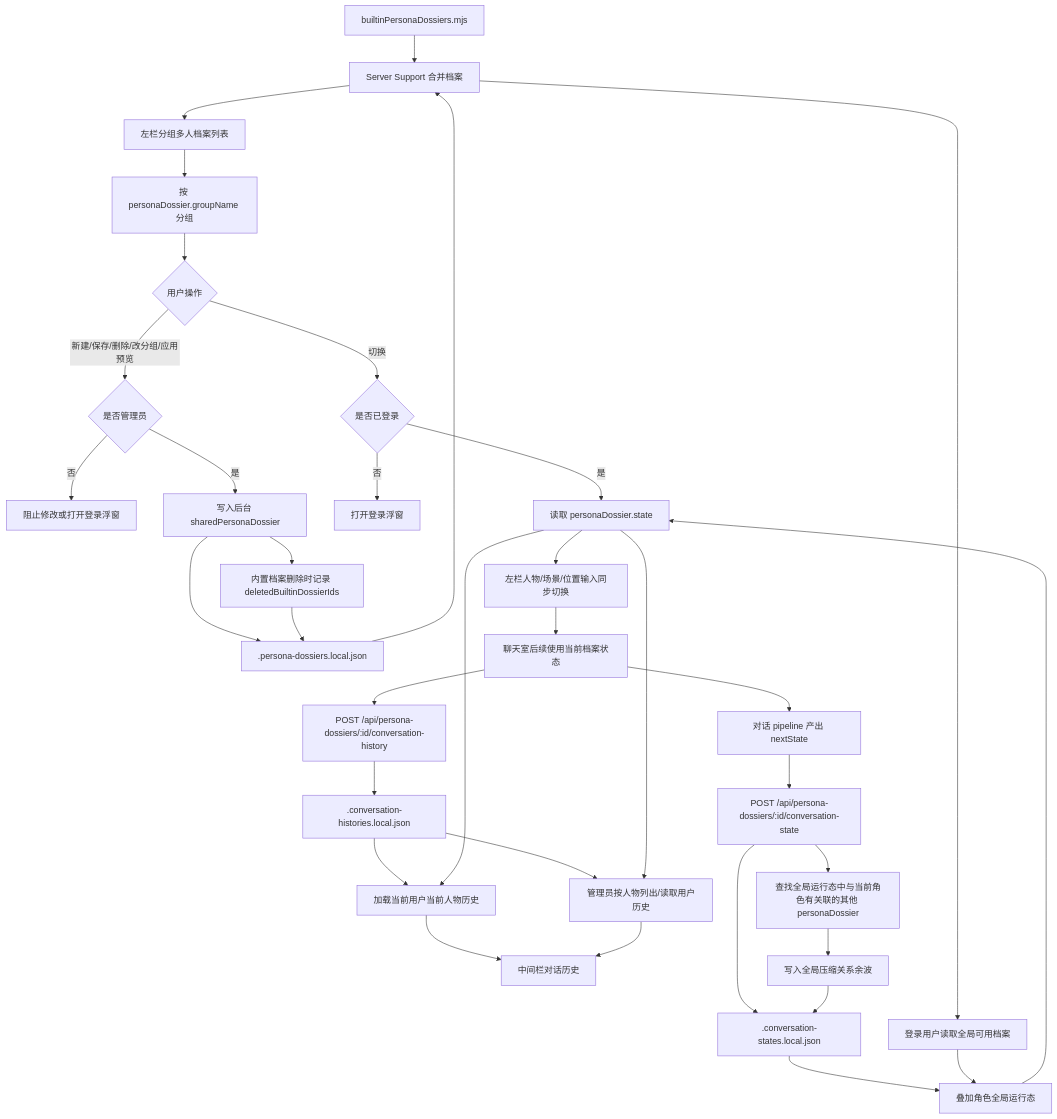
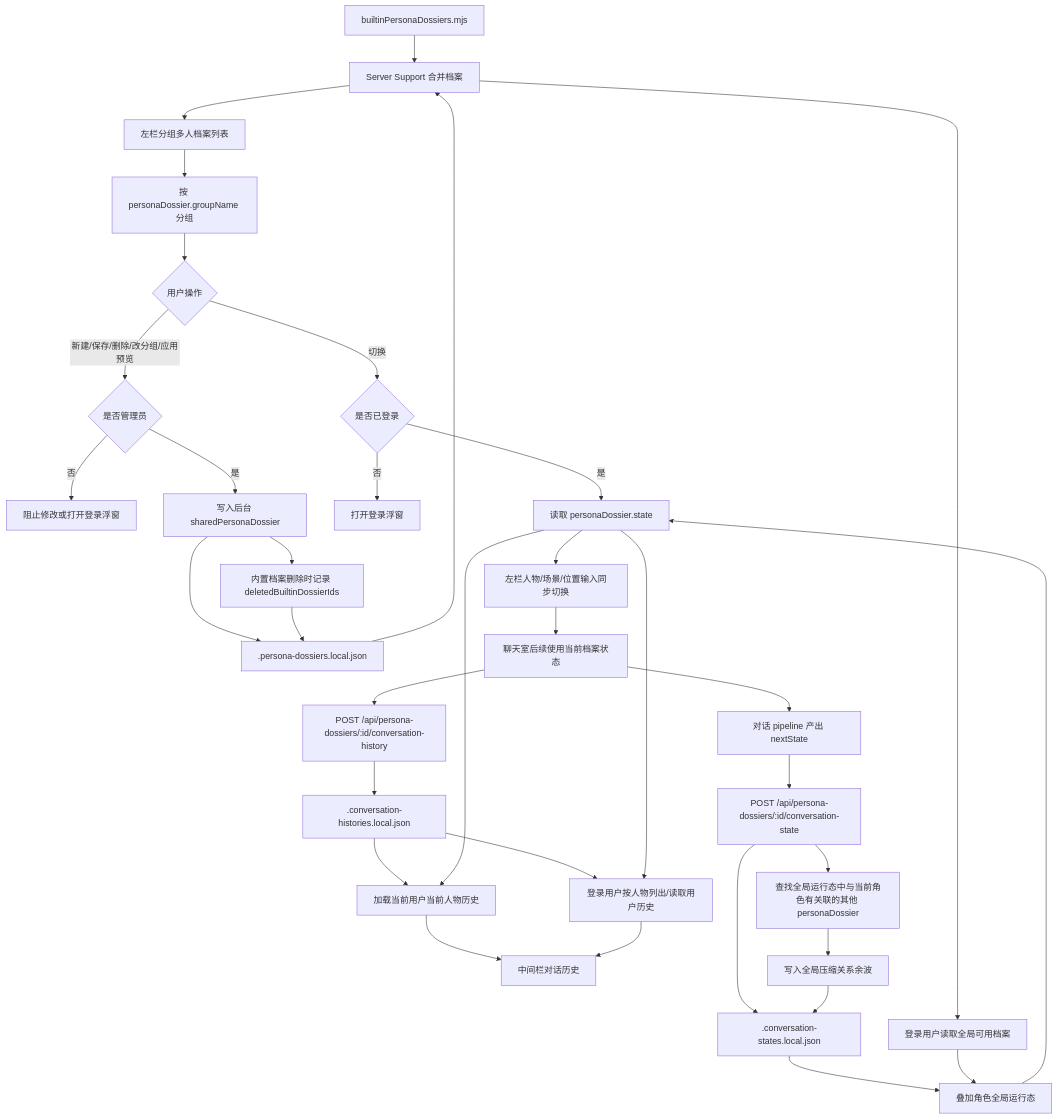
Before and after one commit to ttmanthatman/virtual-human-flow: the ninth of 31 diagrams in docs/SYSTEM_FLOW.md, drawn with Mermaid. The commit also changed other lines of this file and 14 other files, not shown here.

````diff
--- a/docs/SYSTEM_FLOW.md
+++ b/docs/SYSTEM_FLOW.md
@@ -242,37 +242,37 @@
 ```mermaid
 flowchart TD
     BUILTIN[builtinPersonaDossiers.mjs] --> MERGE[Server Support 合并档案]
     STORE[.persona-dossiers.local.json] --> MERGE
     MERGE --> A[左栏分组多人档案列表]
     A --> GROUP[按 personaDossier.groupName 分组]
     GROUP --> B{用户操作}
     B -- 新建/保存/删除/改分组/应用预览 --> ADMIN{是否管理员}
     ADMIN -- 否 --> BLOCK[阻止修改或打开登录浮窗]
     ADMIN -- 是 --> C[写入后台 sharedPersonaDossier]
     B -- 切换 --> LOGIN{是否已登录}
     LOGIN -- 否 --> POP[打开登录浮窗]
     LOGIN -- 是 --> D[读取 personaDossier.state]
     C --> STORE
     C --> TOMBSTONE[内置档案删除时记录 deletedBuiltinDossierIds]
     TOMBSTONE --> STORE
     USERSTORE[.conversation-states.local.json] --> OVERLAY[叠加角色全局运行态]
     HISTSTORE[.conversation-histories.local.json] --> CHATLOAD[加载当前用户当前人物历史]
-    HISTSTORE --> ADMINHIST[管理员按人物列出/读取用户历史]
+    HISTSTORE --> SHAREDHIST[登录用户按人物列出/读取用户历史]
     MERGE --> READ[登录用户读取全局可用档案]
     READ --> OVERLAY
     OVERLAY --> D
     D --> H[左栏人物/场景/位置输入同步切换]
     D --> CHATLOAD
-    D --> ADMINHIST
+    D --> SHAREDHIST
     CHATLOAD --> CHATUI[中间栏对话历史]
-    ADMINHIST --> CHATUI
+    SHAREDHIST --> CHATUI
     H --> I[聊天室后续使用当前档案状态]
     I --> J[对话 pipeline 产出 nextState]
     I --> SAVEHIST[POST /api/persona-dossiers/:id/conversation-history]
     SAVEHIST --> HISTSTORE
     J --> K[POST /api/persona-dossiers/:id/conversation-state]
     K --> USERSTORE
     K --> R[查找全局运行态中与当前角色有关联的其他 personaDossier]
     R --> N[写入全局压缩关系余波]
     N --> USERSTORE
 ```
````
